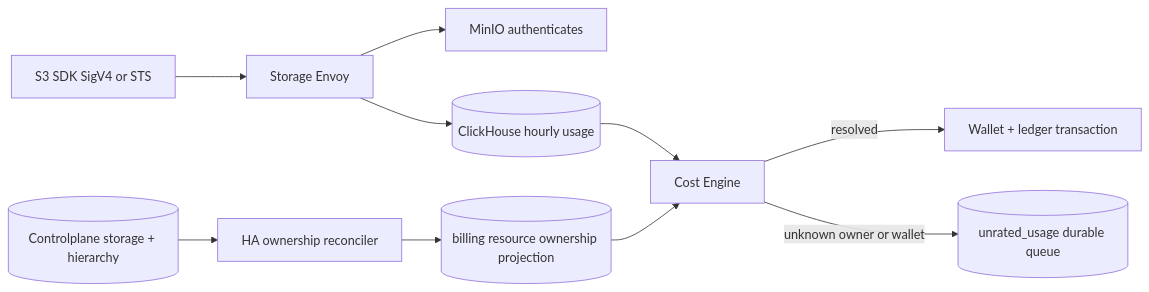
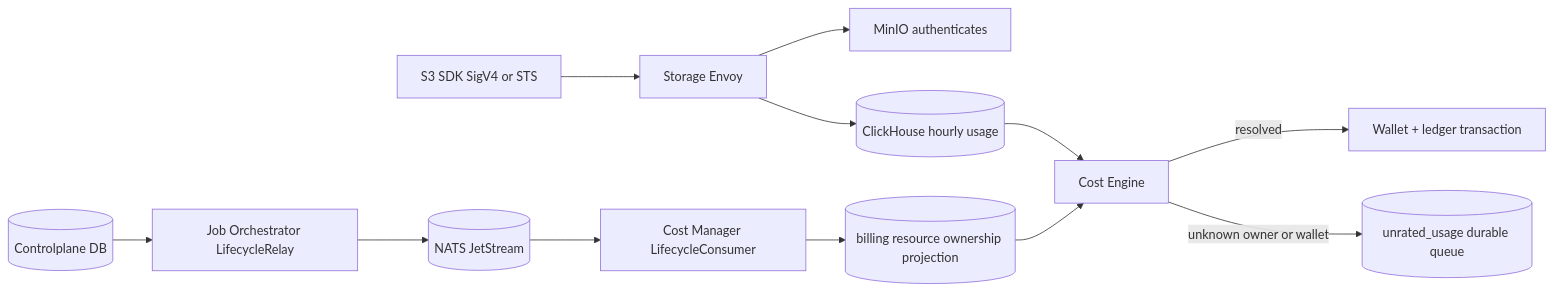
One commit to phucle996/aurora changed the diagram in god_view/billing/storage_usage_billing_god_view.md. Above: the diagram before and after it, drawn with Mermaid. The commit also changed other lines of this file and 69 other files, not shown here.

Commit message:
feat: implement resource lifecycle management, add outbox relay mechanisms, and reorganize proto definitions across services.

````diff
--- a/god_view/billing/storage_usage_billing_god_view.md
+++ b/god_view/billing/storage_usage_billing_god_view.md
@@ -8,12 +11,14 @@
 ```mermaid
 flowchart LR
     SDK[S3 SDK SigV4 or STS] --> ENV[Storage Envoy]
     ENV --> MINIO[MinIO authenticates]
     ENV --> CH[(ClickHouse hourly usage)]
-    CP[(Controlplane storage + hierarchy)] --> REC[HA ownership reconciler]
-    REC --> PROJ[(billing resource ownership projection)]
+    CP[(Controlplane DB)] --> JO[Job Orchestrator LifecycleRelay]
+    JO --> JS[(NATS JetStream)]
+    JS --> CONSUMER[Cost Manager LifecycleConsumer]
+    CONSUMER --> PROJ[(billing resource ownership projection)]
     CH --> ENG[Cost Engine]
     PROJ --> ENG
     ENG -->|resolved| WALLET[Wallet + ledger transaction]
     ENG -->|unknown owner or wallet| UNRATED[(unrated_usage durable queue)]
 ```
````
